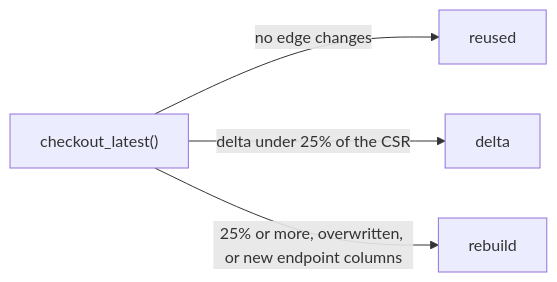
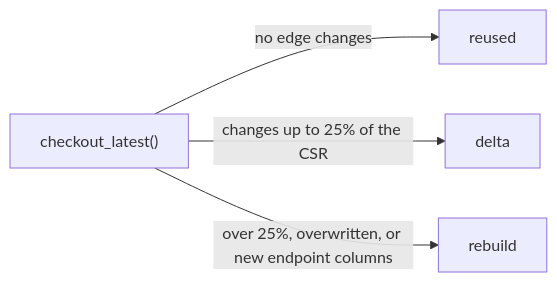
The second of 2 diagrams in docs/csr.md (hyperdimensionalcomputingai/lance-csr), drawn with Mermaid before and after one commit. The commit also changed other lines of this file and 27 other files, not shown here.

````diff
--- a/docs/csr.md
+++ b/docs/csr.md
@@ -394,6 +395,6 @@
     ```mermaid
     flowchart LR
         R["checkout_latest()"] -- "no edge changes" --> U["reused"]
-        R -- "delta under 25% of the CSR" --> DL["delta"]
-        R -- "25% or more, overwritten, or new endpoint columns" --> RB["rebuild"]
+        R -- "changes up to 25% of the CSR" --> DL["delta"]
+        R -- "over 25%, overwritten, or new endpoint columns" --> RB["rebuild"]
     ```
````
